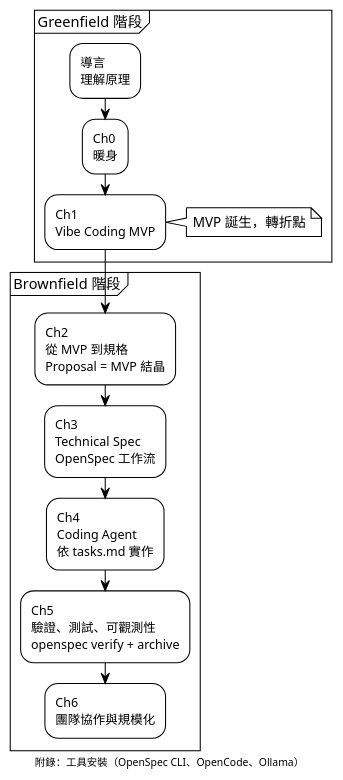
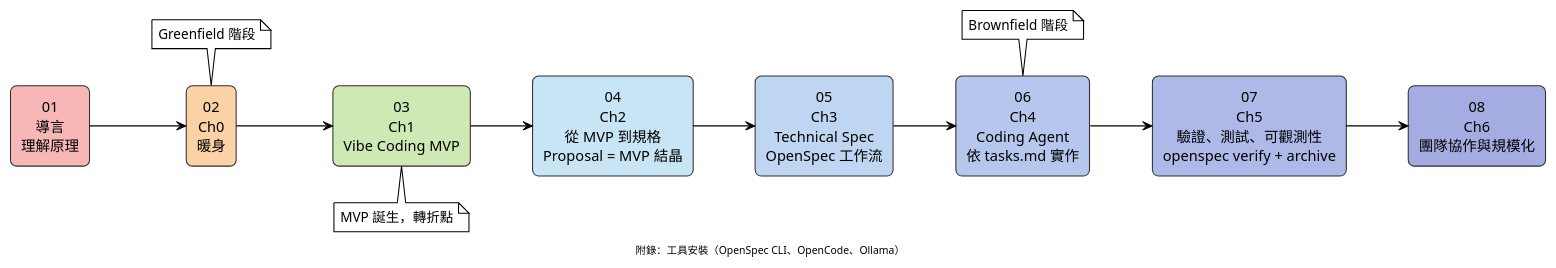
The diagram in site/content/lessons/ch0-warmup.md (GitHub-Copilot-Consumer/ai-sdd-course), drawn with PlantUML before and after one commit. The commit also changed 8 other files, not shown here.

Commit message:
feat(plantuml): add scrollable horizontal roadmap

````diff
--- a/site/content/lessons/ch0-warmup.md
+++ b/site/content/lessons/ch0-warmup.md
@@ -190,26 +190,45 @@
 ```plantuml
 @startuml
 !theme plain
 skinparam backgroundColor transparent
-
-partition "Greenfield 階段" {
-  :導言\n理解原理;
-  :Ch0\n暖身;
-  :Ch1\nVibe Coding MVP;
+skinparam defaultTextAlignment center
+skinparam rectangle {
+  RoundCorner 12
+  BorderColor #2F2F2F
+  Shadowing false
 }
 
-note right
+left to right direction
+
+rectangle "01\n導言\n理解原理" as step1 #F7B7B7
+rectangle "02\nCh0\n暖身" as step2 #FBD2A6
+rectangle "03\nCh1\nVibe Coding MVP" as step3 #CFE9B5
+rectangle "04\nCh2\n從 MVP 到規格\nProposal = MVP 結晶" as step4 #C7E5F4
+rectangle "05\nCh3\nTechnical Spec\nOpenSpec 工作流" as step5 #BFD6F2
+rectangle "06\nCh4\nCoding Agent\n依 tasks.md 實作" as step6 #B6C7EE
+rectangle "07\nCh5\n驗證、測試、可觀測性\nopenspec verify + archive" as step7 #AEB9E8
+rectangle "08\nCh6\n團隊協作與規模化" as step8 #A5ACE1
+
+step1 --> step2
+step2 --> step3
+step3 --> step4
+step4 --> step5
+step5 --> step6
+step6 --> step7
+step7 --> step8
+
+note top of step2
+  Greenfield 階段
+end note
+
+note top of step6
+  Brownfield 階段
+end note
+
+note bottom of step3
   MVP 誕生，轉折點
 end note
-
-partition "Brownfield 階段" {
-  :Ch2\n從 MVP 到規格\nProposal = MVP 結晶;
-  :Ch3\nTechnical Spec\nOpenSpec 工作流;
-  :Ch4\nCoding Agent\n依 tasks.md 實作;
-  :Ch5\n驗證、測試、可觀測性\nopenspec verify + archive;
-  :Ch6\n團隊協作與規模化;
-}
 
 footer 附錄：工具安裝（OpenSpec CLI、OpenCode、Ollama）
 @enduml
 ```
````
